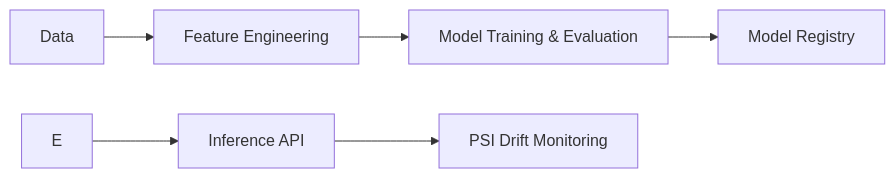
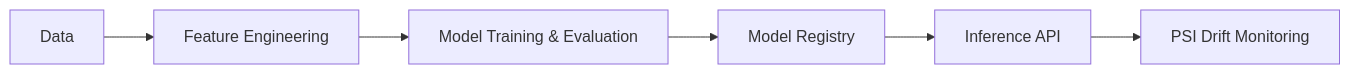
The diagram in README.md (Piericoloso/Regulated-Fraud-Detection-End-to-End-MLOps-Pipeline), drawn with Mermaid before and after one commit. The commit also changed other lines of this file, not shown here.

Commit message:
Update flowchart to correct model pipeline sequence

````diff
--- a/README.md
+++ b/README.md
@@ -28,8 +28,8 @@
 ```mermaid
 flowchart LR
     A[Data] --> B[Feature Engineering]
     B --> C[Model Training & Evaluation]
     C --> D[Model Registry]
-    E --> F[Inference API]
-    F --> G[PSI Drift Monitoring]
+    D --> E[Inference API]
+    E --> F[PSI Drift Monitoring]
 ```
````
